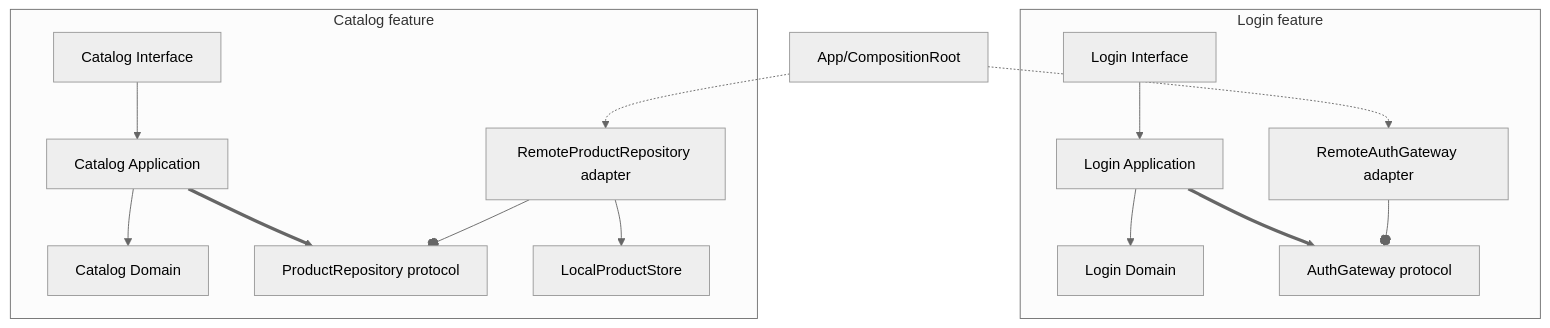
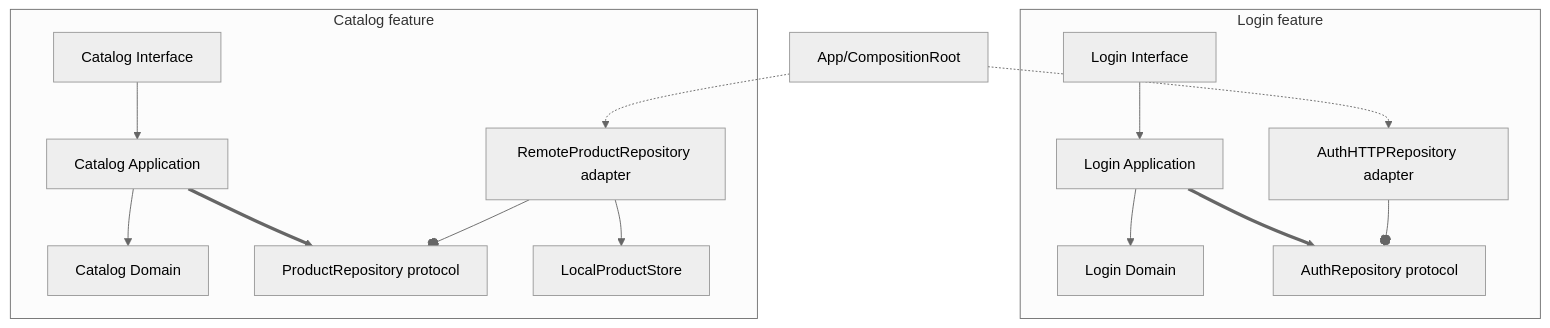
The second of 4 diagrams in 04-arquitecto/05-guia-arquitectura.md (SwiftEnProfundidad/stack-my-architecture-ios), drawn with Mermaid (neutral theme) before and after one commit. The commit also changed 50 other files, not shown here.

````diff
--- a/04-arquitecto/05-guia-arquitectura.md
+++ b/04-arquitecto/05-guia-arquitectura.md
@@ -80,35 +80,35 @@
 ```mermaid
 flowchart TB
     CR["App/CompositionRoot"]
 
     subgraph LOGIN["Login feature"]
         LUI["Login Interface"]
         LAPP["Login Application"]
         LDOM["Login Domain"]
-        LPORT["AuthGateway protocol"]
-        LINF["RemoteAuthGateway adapter"]
+        LPORT["AuthRepository protocol"]
+        LINF["AuthHTTPRepository adapter"]
     end
 
     subgraph CATALOG["Catalog feature"]
         CUI["Catalog Interface"]
         CAPP["Catalog Application"]
         CDOM["Catalog Domain"]
         CPORT["ProductRepository protocol"]
         CINF["RemoteProductRepository adapter"]
         CSTORE["LocalProductStore"]
     end
 
     CR -.-> LINF
     CR -.-> CINF
 
     LUI --> LAPP
     LAPP --> LDOM
     LAPP ==> LPORT
     LINF --o LPORT
 
     CUI --> CAPP
     CAPP --> CDOM
     CAPP ==> CPORT
     CINF --o CPORT
     CINF --> CSTORE
 ```
````
